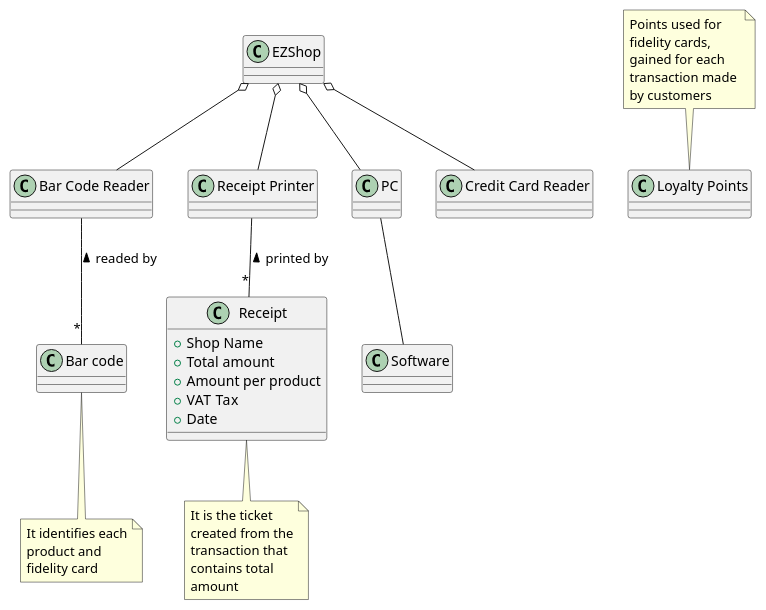
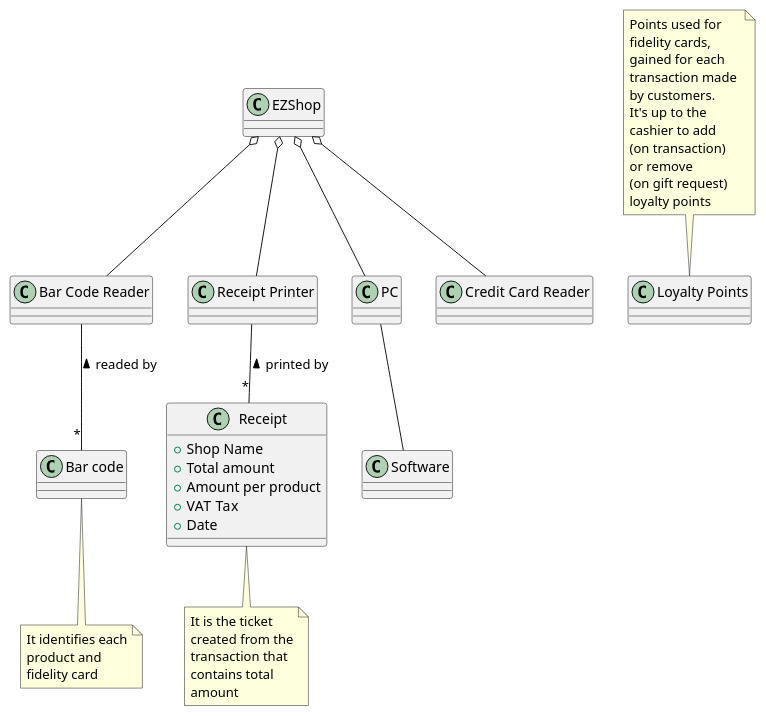
One commit to GrayNeel/SoftEngProject-EZShop changed the third of 4 diagrams in Deliverables/RequirementsDocument.md. Above: the diagram before and after it, drawn with PlantUML. The commit also changed other lines of this file, not shown here.

Commit message:
fix(Requirements): updated loyalty points glossary

````diff
--- a/Deliverables/RequirementsDocument.md
+++ b/Deliverables/RequirementsDocument.md
@@ -452,42 +451,42 @@
 ```plantuml
 @startuml
 class PC
 class "Credit Card Reader" as ccr
 class "Bar Code Reader" as bcr
 class "EZShop" as ez
 class "Software" as s
 class "Receipt Printer" as rp
 
 ez o-- PC
 ez o-- ccr
 ez o-- bcr
 ez o-- rp
 s -up- PC
 
 /' Glossary '/
 class "Receipt" as r {
 	+Shop Name
 	+Total amount
 	+Amount per product
 	+VAT Tax
 	+Date
 }
 class "Loyalty Points" as lp
 class "Bar code" as bc
 
 r "*" -up- rp : printed by >
 bc "*" -up- bcr : readed by >
 
 note "It is the ticket\ncreated from the\ntransaction that \ncontains total\namount" as N1
 note "It identifies each\nproduct and \nfidelity card" as N2
 
 N1 -up- r
 N2 -up- bc
 
-note "Points used for \nfidelity cards, \ngained for each \ntransaction made \nby customers" as N3
+note "Points used for \nfidelity cards, \ngained for each \ntransaction made \nby customers. \nIt's up to the\ncashier to add \n(on transaction) \nor remove \n(on gift request) \nloyalty points" as N3
 
 /'Check if lp go with EZShop'/
 N3 -- lp
 
 @enduml
 ```
````
